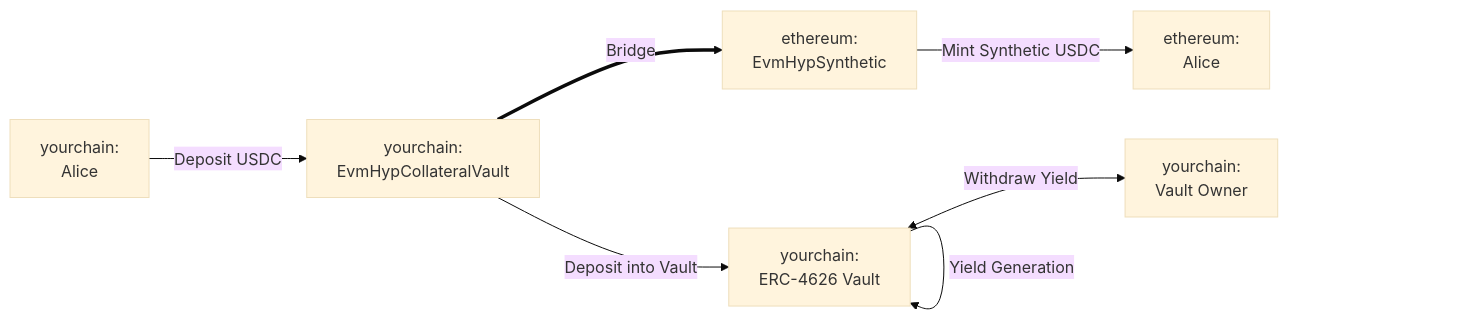
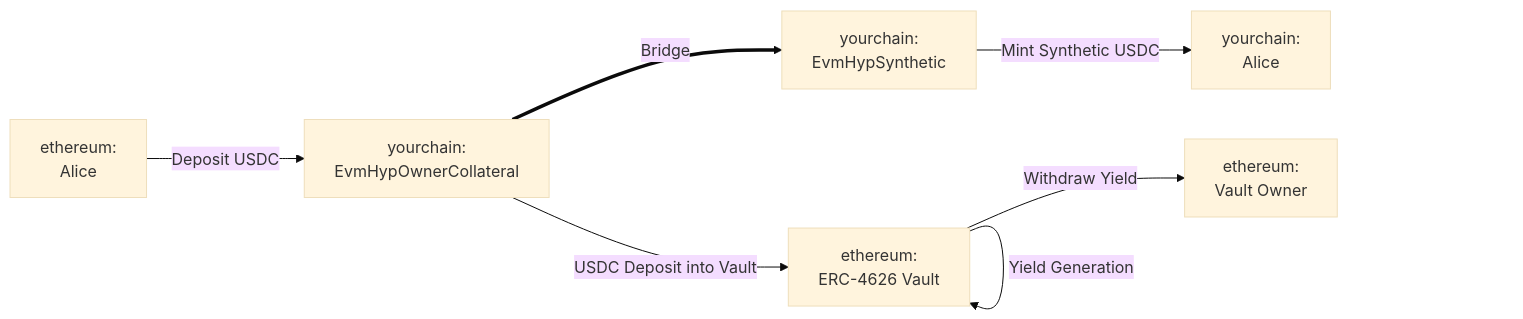
The first of 2 diagrams in docs/protocol/warp-routes/warp-routes-yield-routes.mdx (hyperlane-xyz/v3-docs), drawn with Mermaid (base theme) before and after one commit. The commit also changed other lines of this file and 2 other files, not shown here.

First line of the commit message:
feat: Add yield routes variants and updates (#206)

````diff
--- a/docs/protocol/warp-routes/warp-routes-yield-routes.mdx
+++ b/docs/protocol/warp-routes/warp-routes-yield-routes.mdx
@@ -39,9 +29,9 @@
-            ```mermaid
-            flowchart LR
-                A[yourchain:<br>Alice] -->|Deposit USDC| B[yourchain:<br>EvmHypCollateralVault]
-                B -->|Deposit into Vault| C[yourchain:<br>ERC-4626 Vault]
-                C -->|Yield Generation| C
-                B ==>|Bridge| E[ethereum:<br>EvmHypSynthetic]
-                E -->|Mint Synthetic USDC| F[ethereum:<br>Alice]
-                C[yourchain:<br>ERC-4626 Vault] <-->|Withdraw Yield| G[yourchain:<br>Vault Owner]
-            ```
+```mermaid
+flowchart LR
+    A[ethereum:<br>Alice] -->|Deposit USDC| B[yourchain:<br>EvmHypOwnerCollateral]
+    B -->|USDC Deposit into Vault| C[ethereum:<br>ERC-4626 Vault]
+    C -->|Yield Generation| C
+    B ==>|Bridge| E[yourchain:<br>EvmHypSynthetic]
+    E -->|Mint Synthetic USDC| F[yourchain:<br>Alice]
+    C[ethereum:<br>ERC-4626 Vault] -->|Withdraw Yield| G[ethereum:<br>Vault Owner]
+```
````
